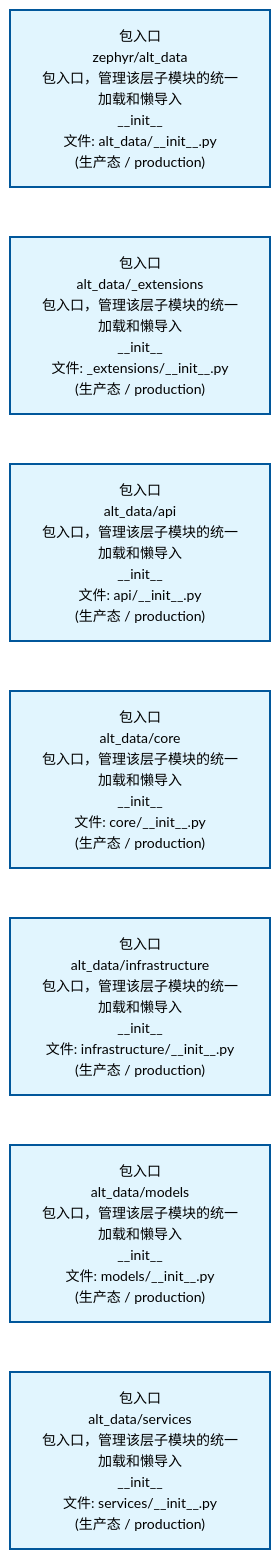
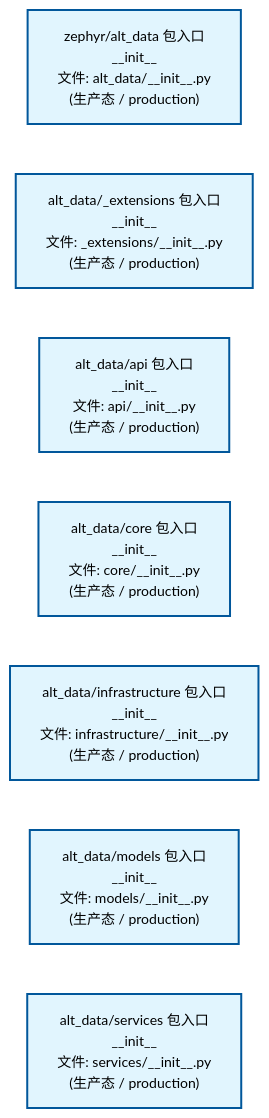
Before and after one commit to xuanFelixVan/ZephyrAlpha: the second of 2 diagrams in docs/02_enterprise_architecture/02_domain_architecture_docs/09_d_alt_data.md, drawn with Mermaid. The commit also changed other lines of this file and 61 other files, not shown here.

````diff
--- a/docs/02_enterprise_architecture/02_domain_architecture_docs/09_d_alt_data.md
+++ b/docs/02_enterprise_architecture/02_domain_architecture_docs/09_d_alt_data.md
@@ -80,22 +80,22 @@
 ```mermaid
 %%{init: {'theme': 'base', 'themeVariables': {'primaryColor': '#eaeaea', 'primaryTextColor': '#333333', 'primaryBorderColor': '#666666', 'lineColor': '#666666', 'secondaryColor': '#eaeaea', 'tertiaryColor': '#eaeaea', 'fontSize': '14px'}}}%%
 flowchart TD
-    src_zephyr_alt_data_init_py["包入口<br/>zephyr/alt_data<br/>包入口，管理该层子模块的统一加载和懒导入<br/>__init__<br/>文件: alt_data/__init__.py<br/>(生产态 / production)"]
-    src_zephyr_alt_data_extensions_init_py["包入口<br/>alt_data/_extensions<br/>包入口，管理该层子模块的统一加载和懒导入<br/>__init__<br/>文件: _extensions/__init__.py<br/>(生产态 / production)"]
-    src_zephyr_alt_data_api_init_py["包入口<br/>alt_data/api<br/>包入口，管理该层子模块的统一加载和懒导入<br/>__init__<br/>文件: api/__init__.py<br/>(生产态 / production)"]
-    src_zephyr_alt_data_core_init_py["包入口<br/>alt_data/core<br/>包入口，管理该层子模块的统一加载和懒导入<br/>__init__<br/>文件: core/__init__.py<br/>(生产态 / production)"]
-    src_zephyr_alt_data_infrastructure_init_py["包入口<br/>alt_data/infrastructure<br/>包入口，管理该层子模块的统一加载和懒导入<br/>__init__<br/>文件: infrastructure/__init__.py<br/>(生产态 / production)"]
-    src_zephyr_alt_data_models_init_py["包入口<br/>alt_data/models<br/>包入口，管理该层子模块的统一加载和懒导入<br/>__init__<br/>文件: models/__init__.py<br/>(生产态 / production)"]
-    src_zephyr_alt_data_services_init_py["包入口<br/>alt_data/services<br/>包入口，管理该层子模块的统一加载和懒导入<br/>__init__<br/>文件: services/__init__.py<br/>(生产态 / production)"]
+    src_zephyr_alt_data_init_py["zephyr/alt_data 包入口<br/>__init__<br/>文件: alt_data/__init__.py<br/>(生产态 / production)"]
+    src_zephyr_alt_data_extensions_init_py["alt_data/_extensions 包入口<br/>__init__<br/>文件: _extensions/__init__.py<br/>(生产态 / production)"]
+    src_zephyr_alt_data_api_init_py["alt_data/api 包入口<br/>__init__<br/>文件: api/__init__.py<br/>(生产态 / production)"]
+    src_zephyr_alt_data_core_init_py["alt_data/core 包入口<br/>__init__<br/>文件: core/__init__.py<br/>(生产态 / production)"]
+    src_zephyr_alt_data_infrastructure_init_py["alt_data/infrastructure 包入口<br/>__init__<br/>文件: infrastructure/__init__.py<br/>(生产态 / production)"]
+    src_zephyr_alt_data_models_init_py["alt_data/models 包入口<br/>__init__<br/>文件: models/__init__.py<br/>(生产态 / production)"]
+    src_zephyr_alt_data_services_init_py["alt_data/services 包入口<br/>__init__<br/>文件: services/__init__.py<br/>(生产态 / production)"]
     src_zephyr_alt_data_init_py ~~~ src_zephyr_alt_data_extensions_init_py
     src_zephyr_alt_data_extensions_init_py ~~~ src_zephyr_alt_data_api_init_py
     src_zephyr_alt_data_api_init_py ~~~ src_zephyr_alt_data_core_init_py
     src_zephyr_alt_data_core_init_py ~~~ src_zephyr_alt_data_infrastructure_init_py
     src_zephyr_alt_data_infrastructure_init_py ~~~ src_zephyr_alt_data_models_init_py
     src_zephyr_alt_data_models_init_py ~~~ src_zephyr_alt_data_services_init_py
     classDef production fill:#e1f5fe,stroke:#01579b,stroke-width:2px,color:#000
     classDef design fill:#fff3e0,stroke:#e65100,stroke-width:2px,color:#000,stroke-dasharray: 5 5
     classDef external_prod fill:#e8f4fd,stroke:#0277bd,stroke-width:1px,color:#000
     classDef external_design fill:#fff8e7,stroke:#ef6c00,stroke-width:1px,color:#000,stroke-dasharray: 5 5
     class src_zephyr_alt_data_init_py,src_zephyr_alt_data_extensions_init_py,src_zephyr_alt_data_api_init_py,src_zephyr_alt_data_core_init_py,src_zephyr_alt_data_infrastructure_init_py,src_zephyr_alt_data_models_init_py,src_zephyr_alt_data_services_init_py production
 ```
````
